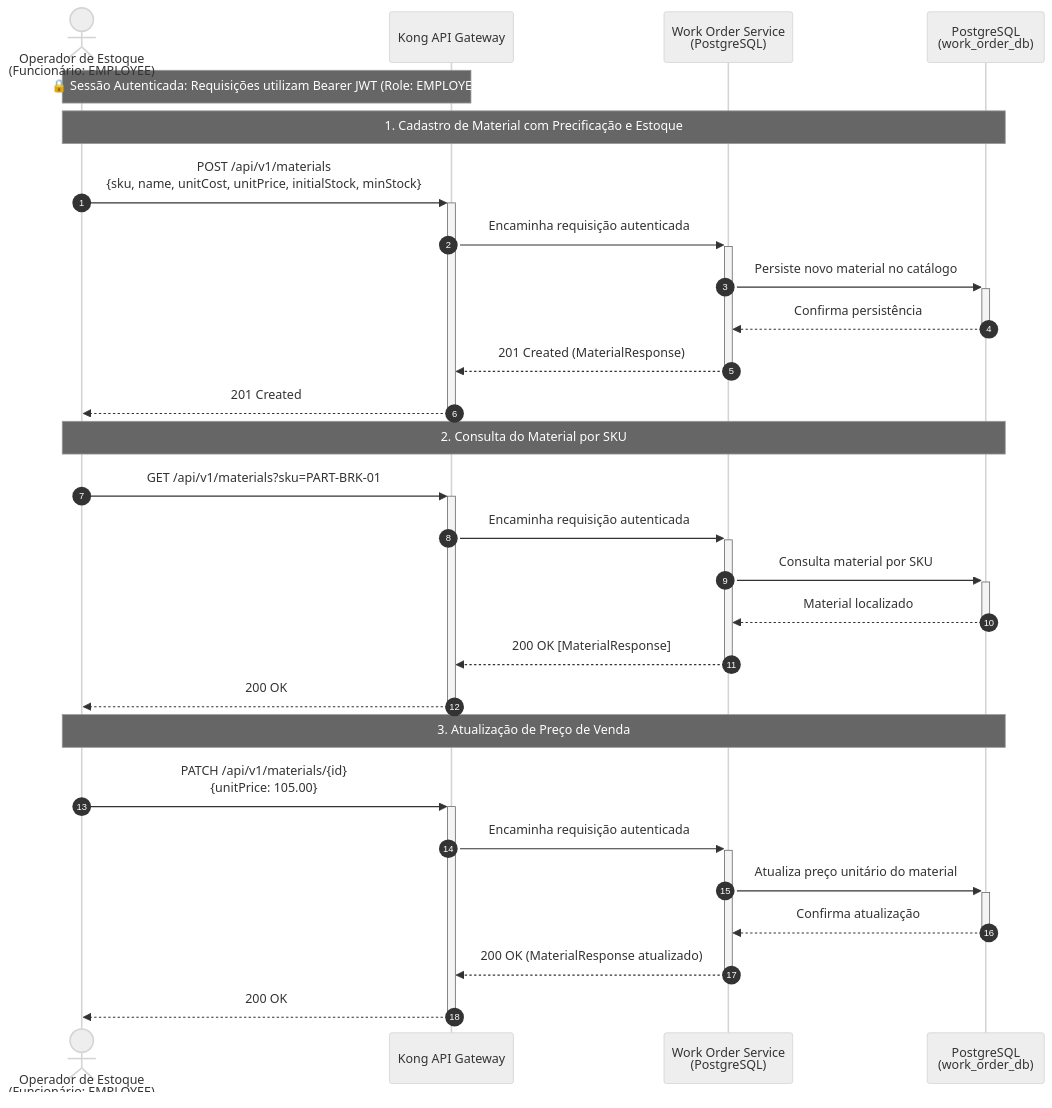
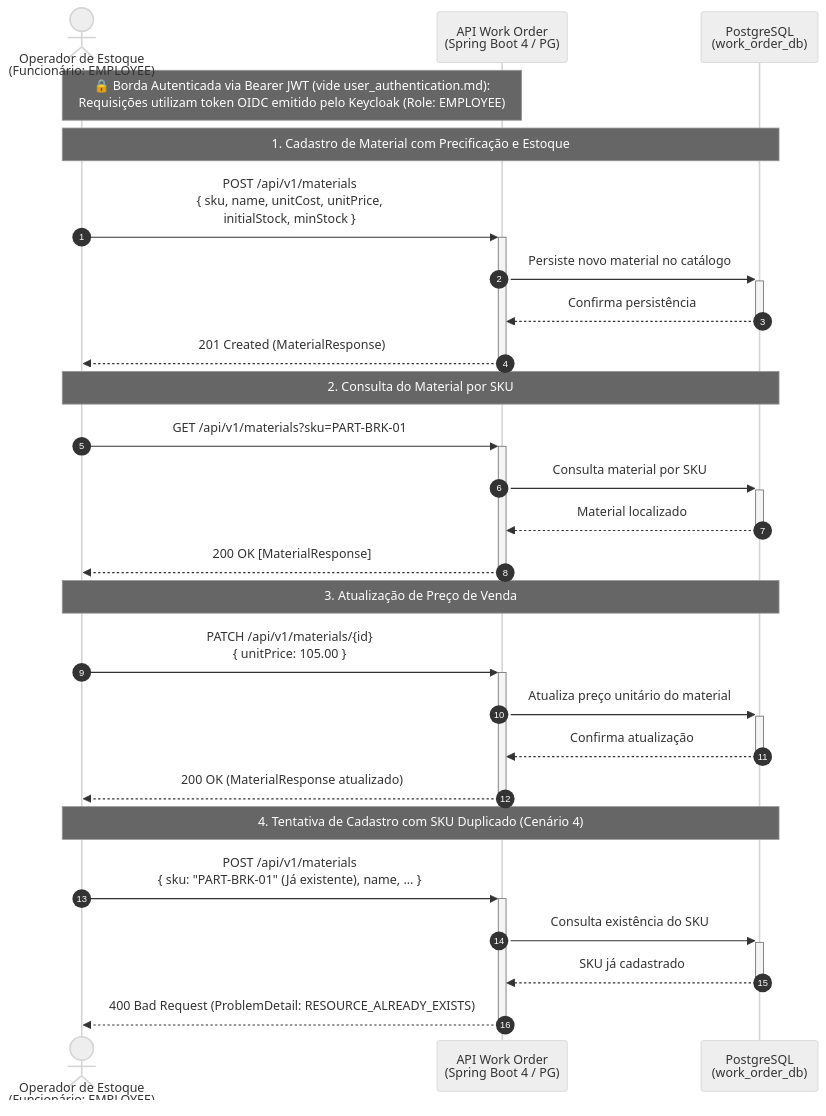
One commit to rodsordi/15soat-phase4-e2e changed the diagram in src/test/resources/features/work-order/material_management.md. Above: the diagram before and after it, drawn with Mermaid (neutral theme). The commit also changed other lines of this file and 90 other files, not shown here.

````diff
--- a/src/test/resources/features/work-order/material_management.md
+++ b/src/test/resources/features/work-order/material_management.md
@@ -12,37 +23,37 @@
 ```mermaid
 sequenceDiagram
     autonumber
     actor Operator as Operador de Estoque<br/>(Funcionário: EMPLOYEE)
-    participant Kong as Kong API Gateway
-    participant WorkOrder as Work Order Service<br/>(PostgreSQL)
+    participant WO as API Work Order<br/>(Spring Boot 4 / PG)
     participant DB as PostgreSQL<br/>(work_order_db)
 
-    Note over Operator,Kong: 🔒 Sessão Autenticada: Requisições utilizam Bearer JWT (Role: EMPLOYEE)
+    Note over Operator,WO: 🔒 Borda Autenticada via Bearer JWT (vide user_authentication.md):<br/>Requisições utilizam token OIDC emitido pelo Keycloak (Role: EMPLOYEE)
 
     %% 1. Cadastro de Material
     Note over Operator,DB: 1. Cadastro de Material com Precificação e Estoque
-    Operator->>+Kong: POST /api/v1/materials<br/>{sku, name, unitCost, unitPrice, initialStock, minStock}
-    Kong->>+WorkOrder: Encaminha requisição autenticada
-    WorkOrder->>+DB: Persiste novo material no catálogo
-    DB-->>-WorkOrder: Confirma persistência
-    WorkOrder-->>-Kong: 201 Created (MaterialResponse)
-    Kong-->>-Operator: 201 Created
+    Operator->>+WO: POST /api/v1/materials<br/>{ sku, name, unitCost, unitPrice,<br/>  initialStock, minStock }
+    WO->>+DB: Persiste novo material no catálogo
+    DB-->>-WO: Confirma persistência
+    WO-->>-Operator: 201 Created (MaterialResponse)
 
     %% 2. Consulta de Material
     Note over Operator,DB: 2. Consulta do Material por SKU
-    Operator->>+Kong: GET /api/v1/materials?sku=PART-BRK-01
-    Kong->>+WorkOrder: Encaminha requisição autenticada
-    WorkOrder->>+DB: Consulta material por SKU
-    DB-->>-WorkOrder: Material localizado
-    WorkOrder-->>-Kong: 200 OK [MaterialResponse]
-    Kong-->>-Operator: 200 OK
+    Operator->>+WO: GET /api/v1/materials?sku=PART-BRK-01
+    WO->>+DB: Consulta material por SKU
+    DB-->>-WO: Material localizado
+    WO-->>-Operator: 200 OK [MaterialResponse]
 
     %% 3. Atualização de Preço
     Note over Operator,DB: 3. Atualização de Preço de Venda
-    Operator->>+Kong: PATCH /api/v1/materials/{id}<br/>{unitPrice: 105.00}
-    Kong->>+WorkOrder: Encaminha requisição autenticada
-    WorkOrder->>+DB: Atualiza preço unitário do material
-    DB-->>-WorkOrder: Confirma atualização
-    WorkOrder-->>-Kong: 200 OK (MaterialResponse atualizado)
-    Kong-->>-Operator: 200 OK
+    Operator->>+WO: PATCH /api/v1/materials/{id}<br/>{ unitPrice: 105.00 }
+    WO->>+DB: Atualiza preço unitário do material
+    DB-->>-WO: Confirma atualização
+    WO-->>-Operator: 200 OK (MaterialResponse atualizado)
+
+    %% 4. Sad Path: SKU Duplicado
+    Note over Operator,DB: 4. Tentativa de Cadastro com SKU Duplicado (Cenário 4)
+    Operator->>+WO: POST /api/v1/materials<br/>{ sku: "PART-BRK-01" (Já existente), name, ... }
+    WO->>+DB: Consulta existência do SKU
+    DB-->>-WO: SKU já cadastrado
+    WO-->>-Operator: 400 Bad Request (ProblemDetail: RESOURCE_ALREADY_EXISTS)
 ```
````
